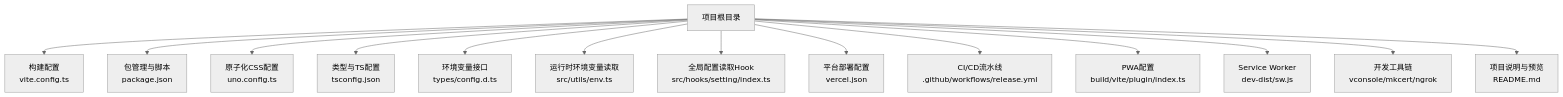
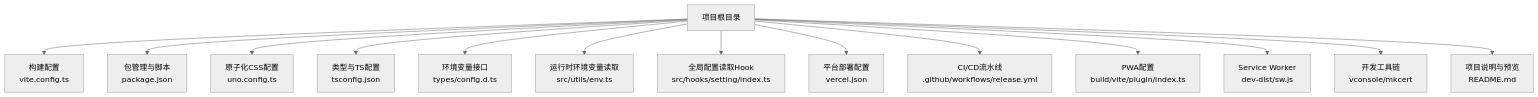
The first of 7 diagrams in .qoder/repowiki/zh/content/构建与部署.md (giserman001/vue3-vant4-mobile), drawn with Mermaid (neutral theme) before and after one commit. The commit also changed other lines of this file and 13 other files, not shown here.

````diff
--- a/.qoder/repowiki/zh/content/构建与部署.md
+++ b/.qoder/repowiki/zh/content/构建与部署.md
@@ -60,16 +57,16 @@
 ```mermaid
 graph TB
 A["项目根目录"] --> B["构建配置<br/>vite.config.ts"]
 A --> C["包管理与脚本<br/>package.json"]
 A --> D["原子化CSS配置<br/>uno.config.ts"]
 A --> E["类型与TS配置<br/>tsconfig.json"]
 A --> F["环境变量接口<br/>types/config.d.ts"]
 A --> G["运行时环境变量读取<br/>src/utils/env.ts"]
 A --> H["全局配置读取Hook<br/>src/hooks/setting/index.ts"]
 A --> I["平台部署配置<br/>vercel.json"]
 A --> J["CI/CD流水线<br/>.github/workflows/release.yml"]
 A --> K["PWA配置<br/>build/vite/plugin/index.ts"]
 A --> L["Service Worker<br/>dev-dist/sw.js"]
-A --> M["开发工具链<br/>vconsole/mkcert/ngrok"]
+A --> M["开发工具链<br/>vconsole/mkcert"]
 A --> N["项目说明与预览<br/>README.md"]
 ```
````
